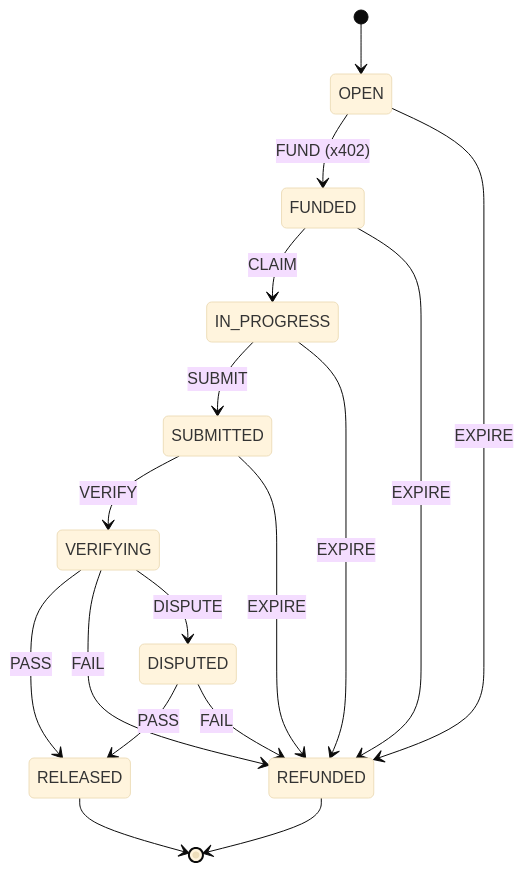
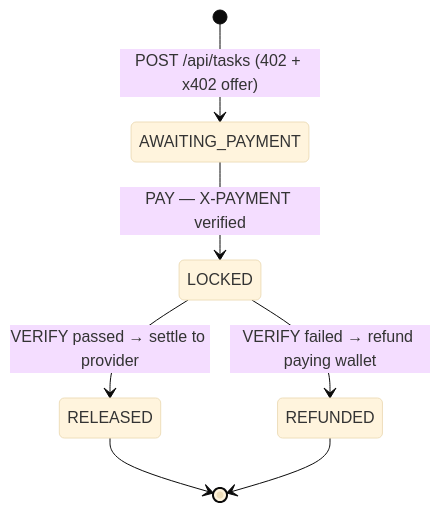
One commit to pushkarverse/TOKENPACT changed the third of 3 diagrams in docs/architecture.md. Above: the diagram before and after it, drawn with Mermaid (base theme). The commit also changed other lines of this file and 32 other files, not shown here.

````diff
--- a/docs/architecture.md
+++ b/docs/architecture.md
@@ -82,19 +84,9 @@
 ```mermaid
 stateDiagram-v2
-    [*] --> OPEN
-    OPEN --> FUNDED: FUND (x402)
-    FUNDED --> IN_PROGRESS: CLAIM
-    IN_PROGRESS --> SUBMITTED: SUBMIT
-    SUBMITTED --> VERIFYING: VERIFY
-    VERIFYING --> RELEASED: PASS
-    VERIFYING --> REFUNDED: FAIL
-    VERIFYING --> DISPUTED: DISPUTE
-    DISPUTED --> RELEASED: PASS
-    DISPUTED --> REFUNDED: FAIL
-    OPEN --> REFUNDED: EXPIRE
-    FUNDED --> REFUNDED: EXPIRE
-    IN_PROGRESS --> REFUNDED: EXPIRE
-    SUBMITTED --> REFUNDED: EXPIRE
+    [*] --> AWAITING_PAYMENT: POST /api/tasks (402 + x402 offer)
+    AWAITING_PAYMENT --> LOCKED: PAY — X-PAYMENT verified
+    LOCKED --> RELEASED: VERIFY passed → settle to provider
+    LOCKED --> REFUNDED: VERIFY failed → refund paying wallet
     RELEASED --> [*]
     REFUNDED --> [*]
 ```
````
